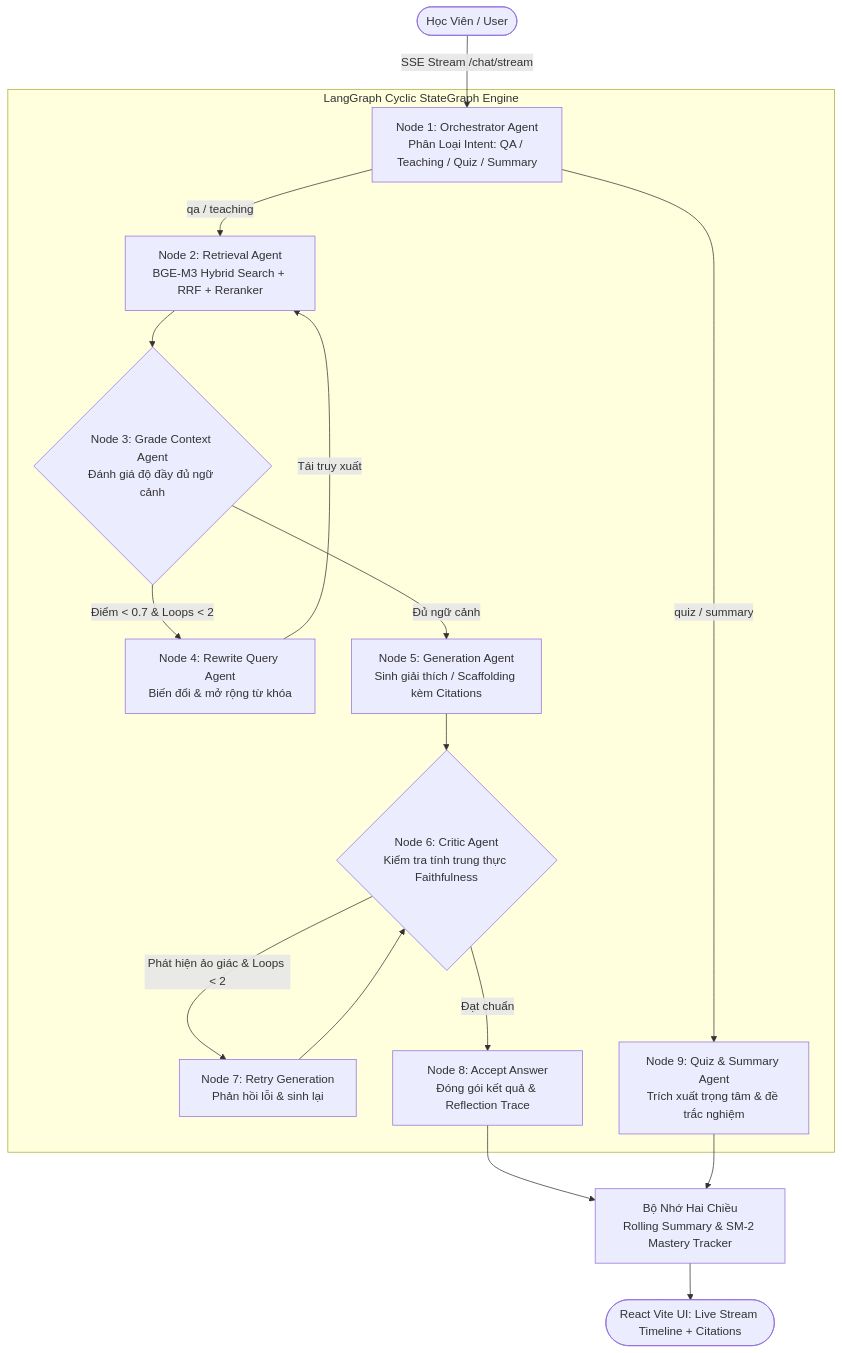
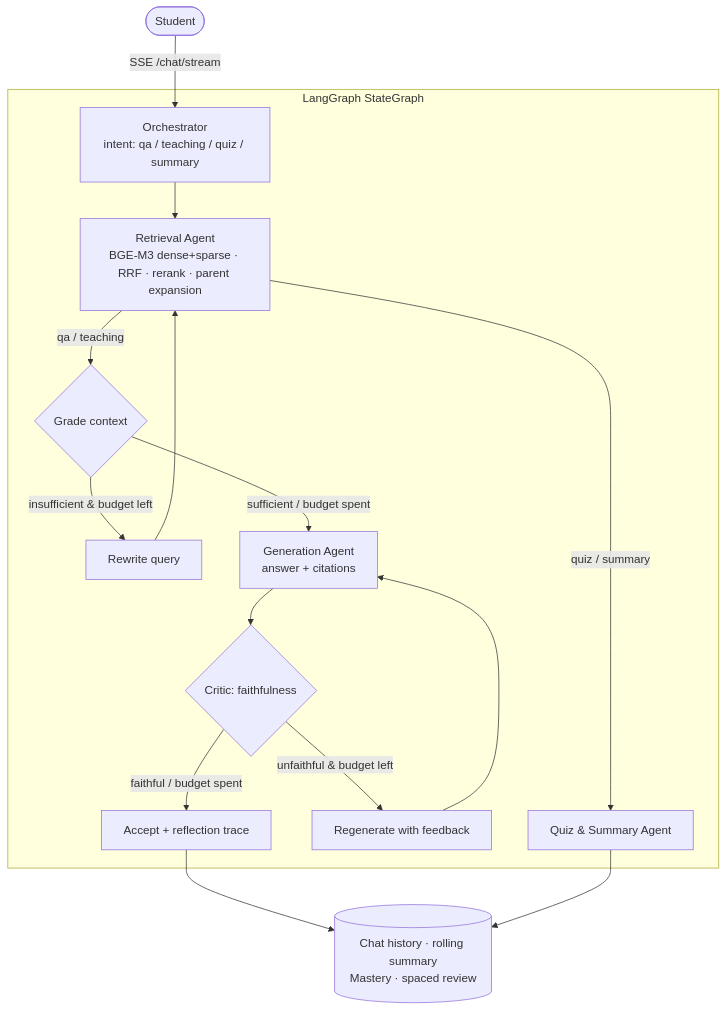
The diagram in README.md (VinhDoan1604/StuQuiz), drawn with Mermaid before and after one commit. The commit also changed other lines of this file and 81 other files, not shown here.

````diff
--- a/README.md
+++ b/README.md
@@ -26,27 +53,22 @@
 ```mermaid
 flowchart TD
-    User([Học Viên / User]) -->|SSE Stream /chat/stream| Orchestrator[Node 1: Orchestrator Agent\nPhân Loại Intent: QA / Teaching / Quiz / Summary]
+    User([Student]) -->|SSE /chat/stream| Orchestrator[Orchestrator<br/>intent: qa / teaching / quiz / summary]
 
-    subgraph "LangGraph Cyclic StateGraph Engine"
-        Orchestrator -->|qa / teaching| Retrieval[Node 2: Retrieval Agent\nBGE-M3 Hybrid Search + RRF + Reranker]
-        Retrieval --> GradeContext{Node 3: Grade Context Agent\nĐánh giá độ đầy đủ ngữ cảnh}
-        
-        GradeContext -->|Điểm < 0.7 & Loops < 2| RewriteQuery[Node 4: Rewrite Query Agent\nBiến đổi & mở rộng từ khóa]
-        RewriteQuery -->|Tái truy xuất| Retrieval
+    subgraph "LangGraph StateGraph"
+        Orchestrator --> Retrieval[Retrieval Agent<br/>BGE-M3 dense+sparse · RRF · rerank · parent expansion]
+        Retrieval -->|qa / teaching| GradeContext{Grade context}
+        Retrieval -->|quiz / summary| QuizSummary[Quiz & Summary Agent]
 
-        GradeContext -->|Đủ ngữ cảnh| Generation[Node 5: Generation Agent\nSinh giải thích / Scaffolding kèm Citations]
-        
-        Generation --> GradeAnswer{Node 6: Critic Agent\nKiểm tra tính trung thực Faithfulness}
-        
-        GradeAnswer -->|Phát hiện ảo giác & Loops < 2| RetryGen[Node 7: Retry Generation\nPhản hồi lỗi & sinh lại]
-        RetryGen --> GradeAnswer
+        GradeContext -->|insufficient & budget left| RewriteQuery[Rewrite query]
+        RewriteQuery --> Retrieval
+        GradeContext -->|sufficient / budget spent| Generation[Generation Agent<br/>answer + citations]
 
-        GradeAnswer -->|Đạt chuẩn| AcceptAnswer[Node 8: Accept Answer\nĐóng gói kết quả & Reflection Trace]
-
-        Orchestrator -->|quiz / summary| QuizSummary[Node 9: Quiz & Summary Agent\nTrích xuất trọng tâm & đề trắc nghiệm]
+        Generation --> GradeAnswer{Critic: faithfulness}
+        GradeAnswer -->|unfaithful & budget left| RetryGen[Regenerate with feedback]
+        RetryGen --> Generation
+        GradeAnswer -->|faithful / budget spent| Accept[Accept + reflection trace]
     end
 
-    AcceptAnswer --> SaveMemory[Bộ Nhớ Hai Chiều\nRolling Summary & SM-2 Mastery Tracker]
-    QuizSummary --> SaveMemory
-    SaveMemory --> Frontend([React Vite UI: Live Stream Timeline + Citations])
+    Accept --> Memory[(Chat history · rolling summary<br/>Mastery · spaced review)]
+    QuizSummary --> Memory
 ```
````
